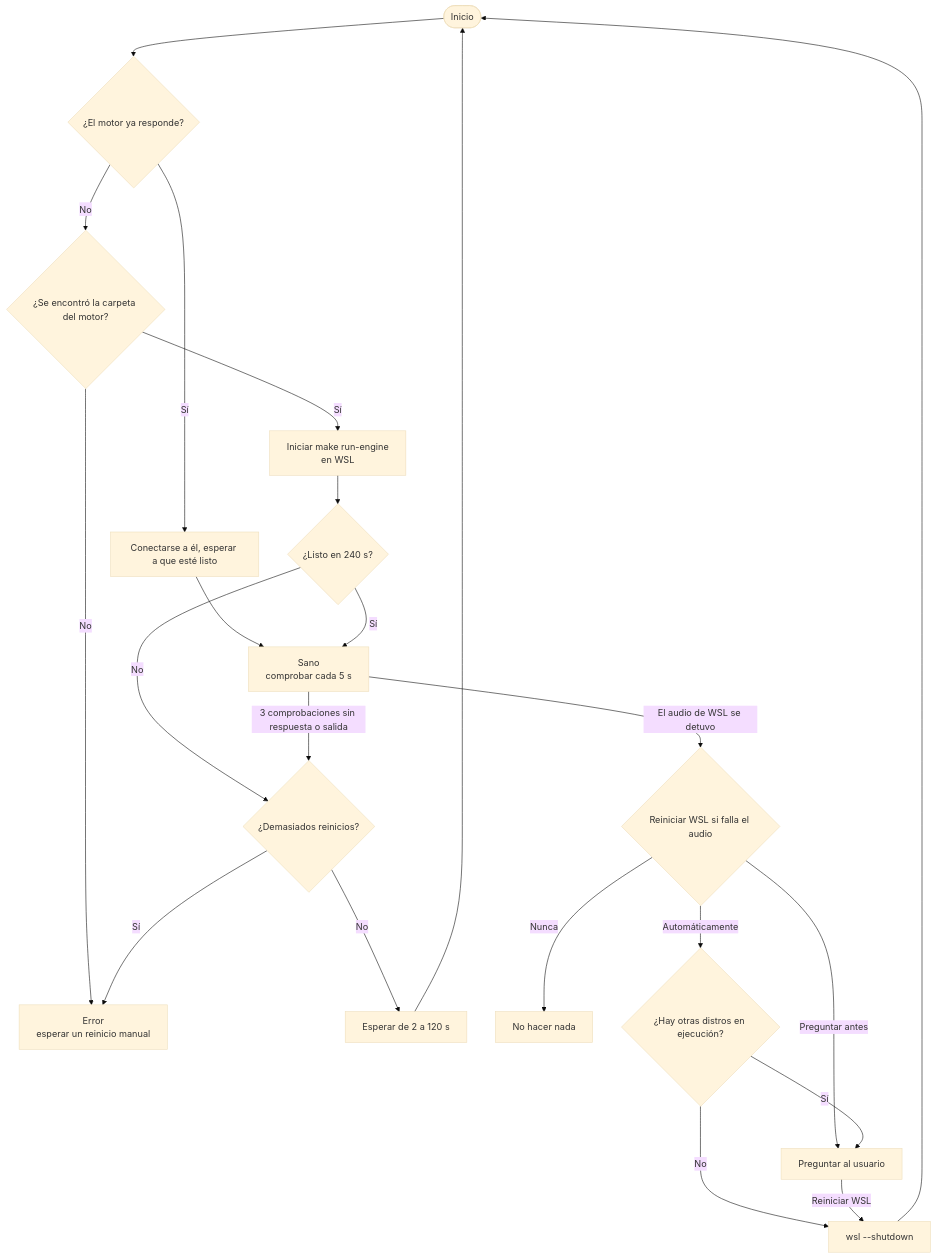
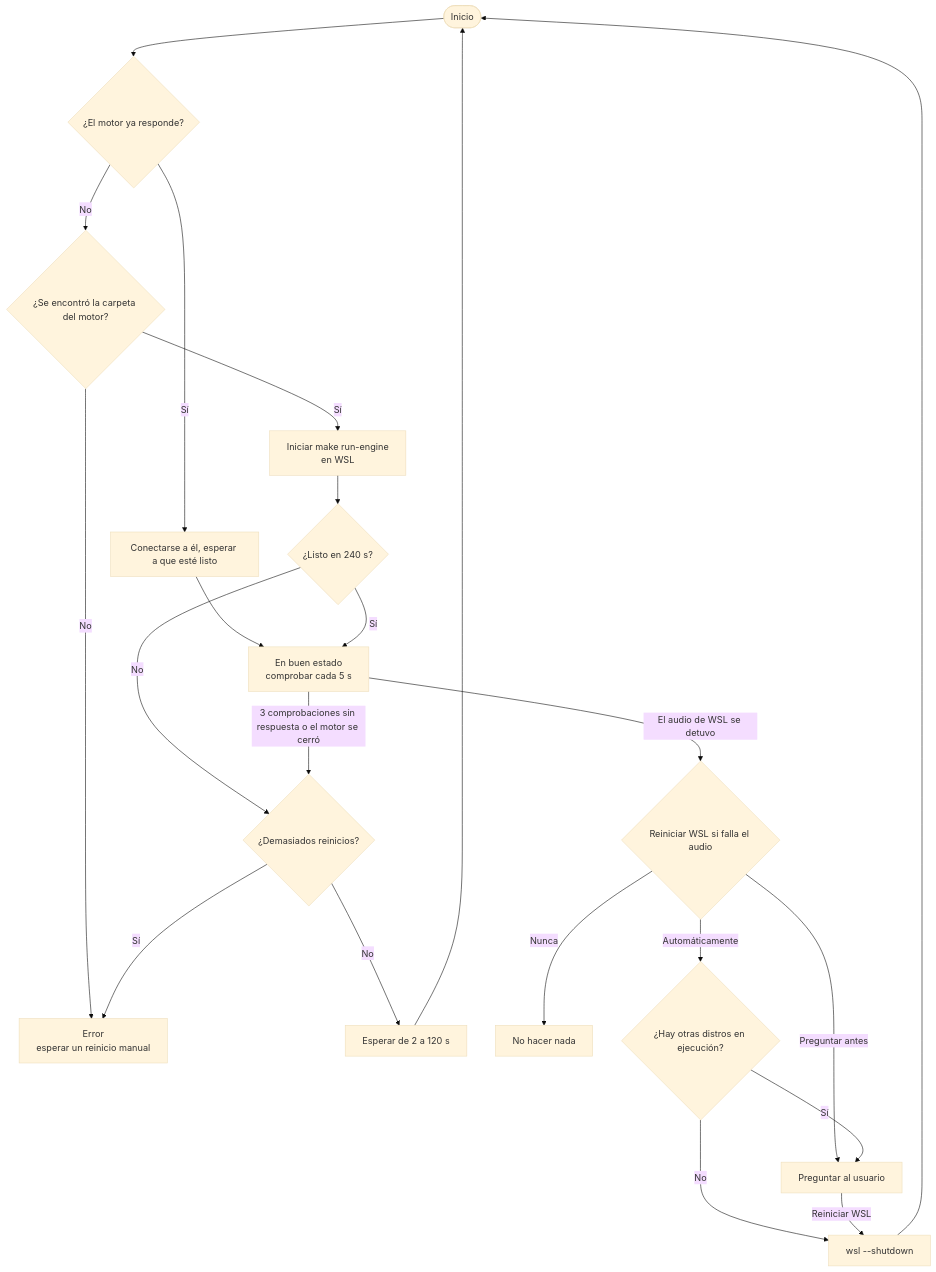
Before and after one commit to nano-br/voice-mate: the fifth of 5 diagrams in README.es.md, drawn with Mermaid (base theme). The commit also changed other lines of this file and 1 other file, not shown here.

````diff
--- a/README.es.md
+++ b/README.es.md
@@ -282,23 +282,23 @@
 ```mermaid
 flowchart TD
     launch(["Inicio"]) --> q_health{"¿El motor ya responde?"}
     q_health -- "Sí" --> attach["Conectarse a él, esperar a que esté listo"] --> healthy
     q_health -- "No" --> q_dir{"¿Se encontró la carpeta del motor?"}
     q_dir -- "No" --> failed["Error<br/>esperar un reinicio manual"]
     q_dir -- "Sí" --> spawn["Iniciar make run-engine<br/>en WSL"]
     spawn --> q_ready{"¿Listo en 240 s?"}
-    q_ready -- "Sí" --> healthy["Sano<br/>comprobar cada 5 s"]
+    q_ready -- "Sí" --> healthy["En buen estado<br/>comprobar cada 5 s"]
     q_ready -- "No" --> q_breaker
-    healthy -->|"3 comprobaciones sin respuesta o salida"| q_breaker{"¿Demasiados reinicios?"}
+    healthy -->|"3 comprobaciones sin respuesta o el motor se cerró"| q_breaker{"¿Demasiados reinicios?"}
     q_breaker -- "No" --> backoff["Esperar de 2 a 120 s"]
     backoff --> launch
     q_breaker -- "Sí" --> failed
     healthy -->|"El audio de WSL se detuvo"| q_policy{"Reiniciar WSL si falla el audio"}
     q_policy -- "Nunca" --> nothing["No hacer nada"]
     q_policy -- "Preguntar antes" --> ask["Preguntar al usuario"]
     q_policy -- "Automáticamente" --> q_others{"¿Hay otras distros en ejecución?"}
     q_others -- "Sí" --> ask
     q_others -- "No" --> wslrestart["wsl --shutdown"]
     ask -- "Reiniciar WSL" --> wslrestart
     wslrestart --> launch
 ```
````
